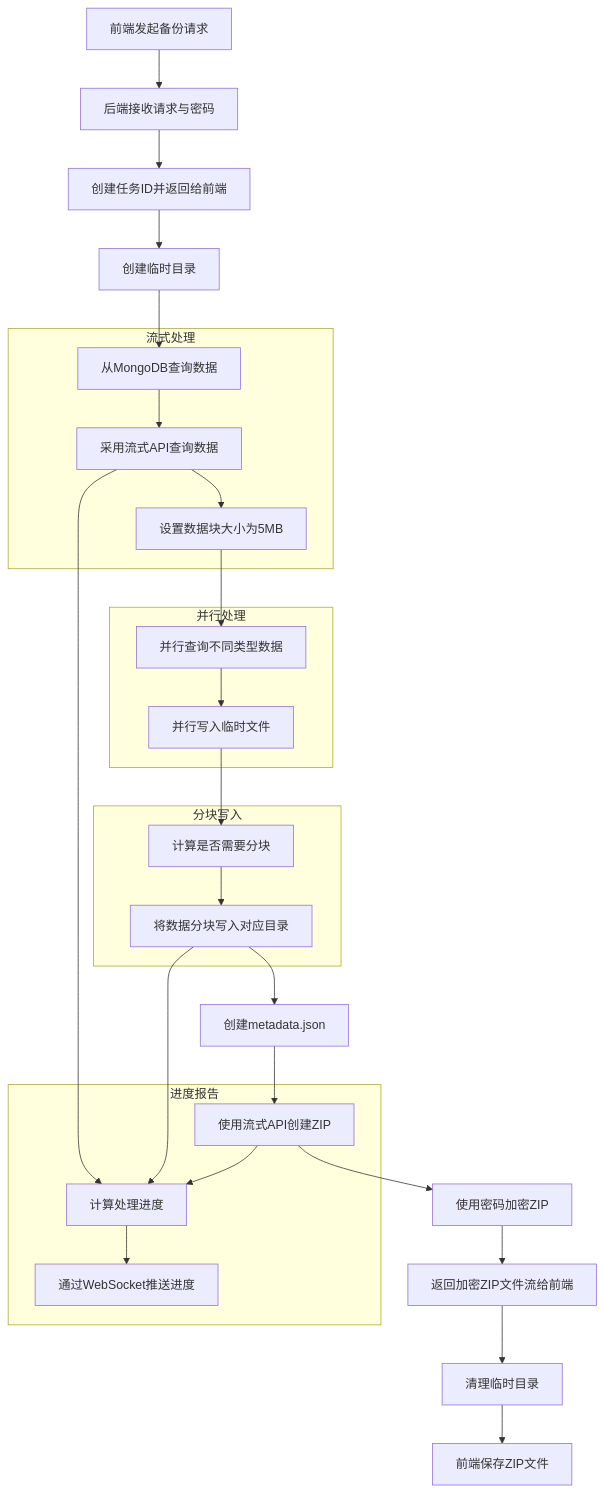
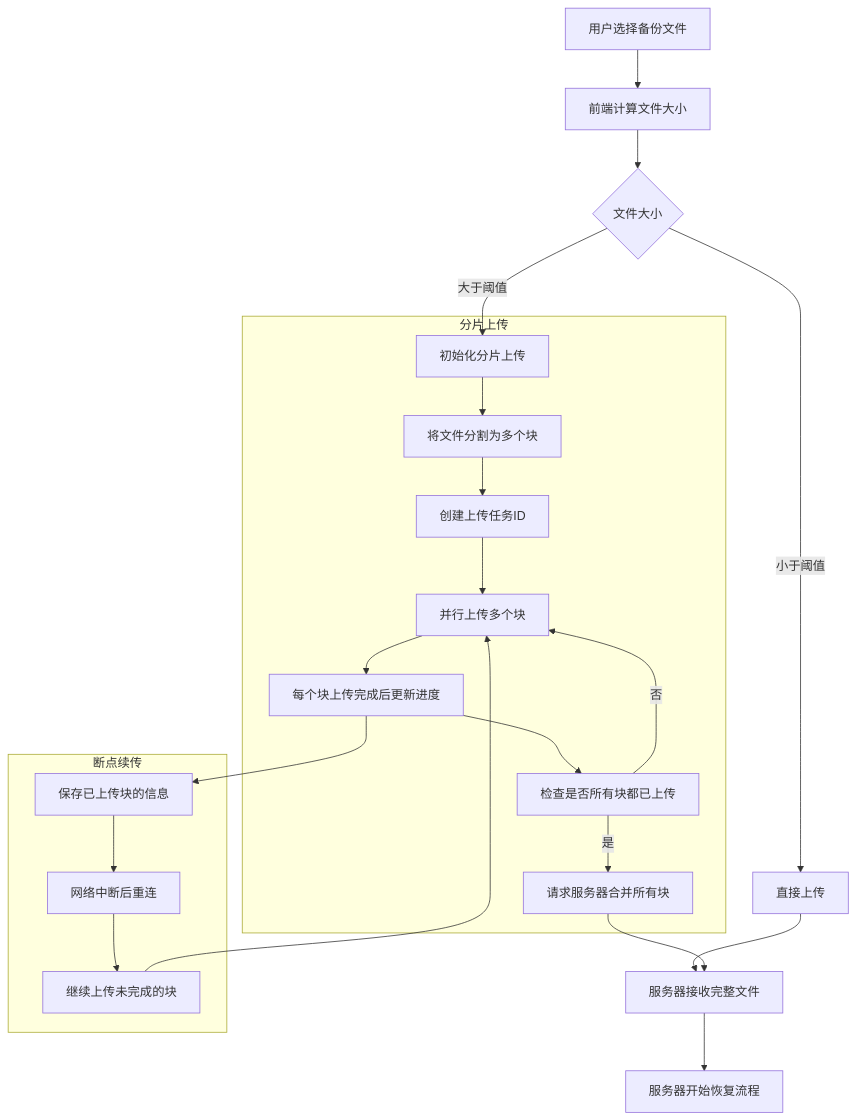
One commit to yingjianzh/iodraw-files changed the diagram in all/未命名-61.md. Above: the diagram before and after it, drawn with Mermaid.

Commit message:
2025-05-15 16:32:10 update

````diff
--- a/all/未命名-61.md
+++ b/all/未命名-61.md
@@ -1,37 +1,28 @@
 ```mermaid
 flowchart TD
-    A[前端发起备份请求] --> B[后端接收请求与密码]
-    B --> C[创建任务ID并返回给前端]
-    C --> D[创建临时目录]
-    D --> E[从MongoDB查询数据]
+    A[用户选择备份文件] --> B[前端计算文件大小]
+    B --> C{文件大小}
+    C -->|小于阈值| D[直接上传]
+    C -->|大于阈值| E[初始化分片上传]
     
-    subgraph 流式处理
-      E --> F[采用流式API查询数据]
-      F --> G[设置数据块大小为5MB]
+    subgraph 分片上传
+      E --> F[将文件分割为多个块]
+      F --> G[创建上传任务ID]
+      G --> H[并行上传多个块]
+      H --> I[每个块上传完成后更新进度]
+      I --> J[检查是否所有块都已上传]
+      J -->|否| H
+      J -->|是| K[请求服务器合并所有块]
     end
     
-    subgraph 并行处理
-      G --> H[并行查询不同类型数据]
-      H --> I[并行写入临时文件]
+    D --> L[服务器接收完整文件]
+    K --> L
+    L --> M[服务器开始恢复流程]
+    
+    subgraph 断点续传
+      I --> N[保存已上传块的信息]
+      N --> O[网络中断后重连]
+      O --> P[继续上传未完成的块]
+      P --> H
     end
-    
-    subgraph 分块写入
-      I --> J[计算是否需要分块]
-      J --> K[将数据分块写入对应目录]
-    end
-    
-    K --> L[创建metadata.json]
-    L --> M[使用流式API创建ZIP]
-    M --> N[使用密码加密ZIP]
-    
-    subgraph 进度报告
-      F --> O[计算处理进度]
-      K --> O
-      M --> O
-      O --> P[通过WebSocket推送进度]
-    end
-    
-    N --> Q[返回加密ZIP文件流给前端]
-    Q --> R[清理临时目录]
-    R --> S[前端保存ZIP文件]
 ```
````
